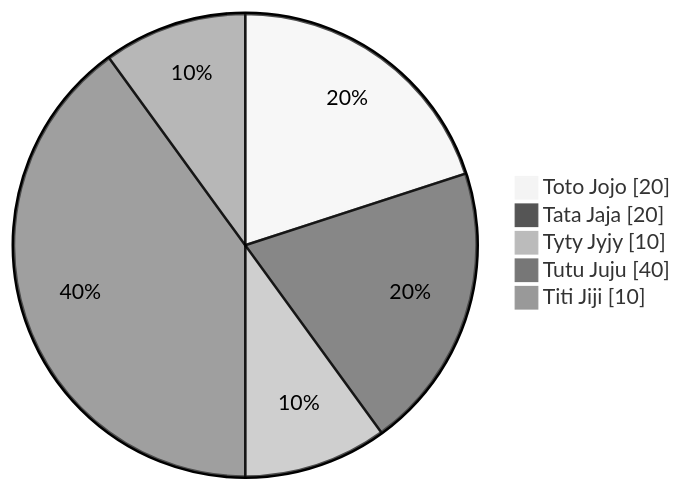
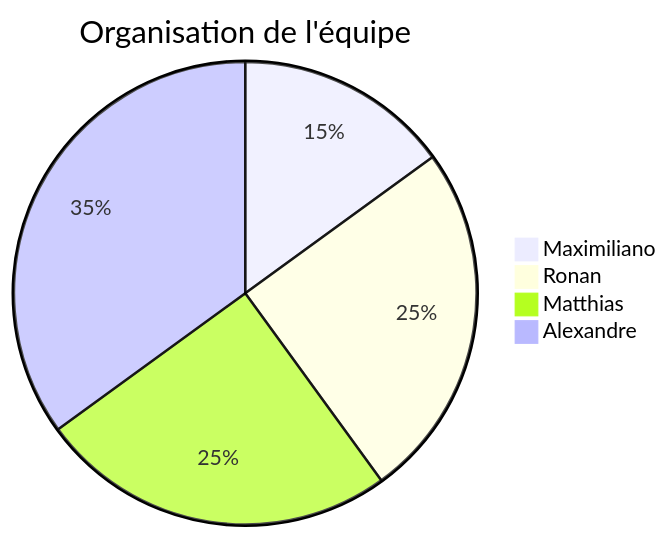
Before and after one commit to Altawn/ing1-ece-world: the third of 3 diagrams in marp-projet-info/presentation.md, drawn with Mermaid. The commit also changed other lines of this file, not shown here.

```diff
--- a/marp-projet-info/presentation.md
+++ b/marp-projet-info/presentation.md
@@ -244,9 +371,8 @@
-<div class="mermaid">
-%%{init: {'theme':'neutral'}}%%
-pie showData
-    "Toto Jojo" : 20
-    "Tata Jaja" : 20
-    "Tyty Jyjy" : 10
-    "Tutu Juju" : 40
-    "Titi Jiji" : 10
+<div class = "mermaid">
+%%{init: {'theme':''}}%%
+pie title Organisation de l'équipe
+    "Maximiliano" : 15
+    "Ronan" : 25
+    "Matthias" : 25
+    "Alexandre" : 35
 </div>
```
